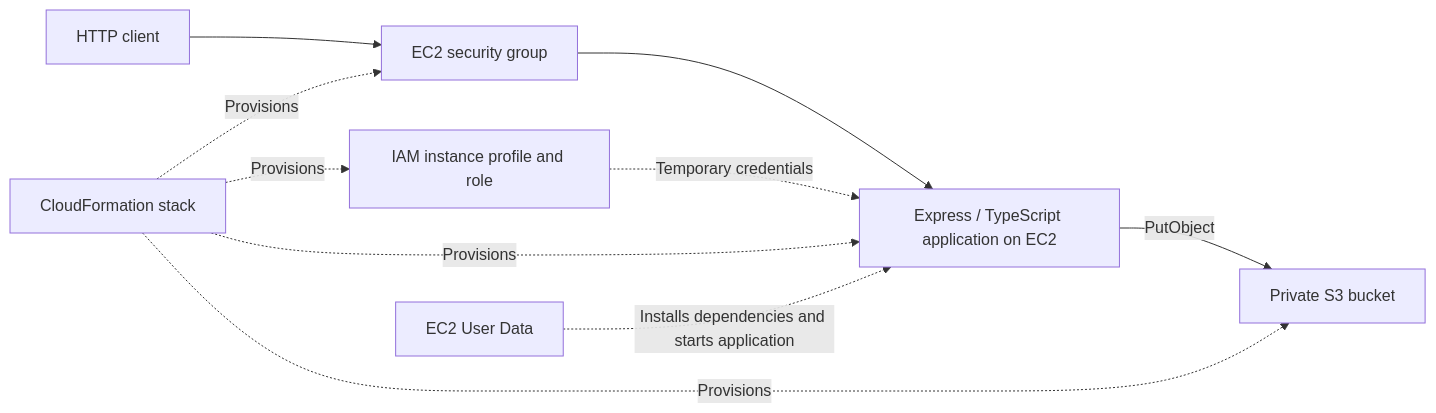
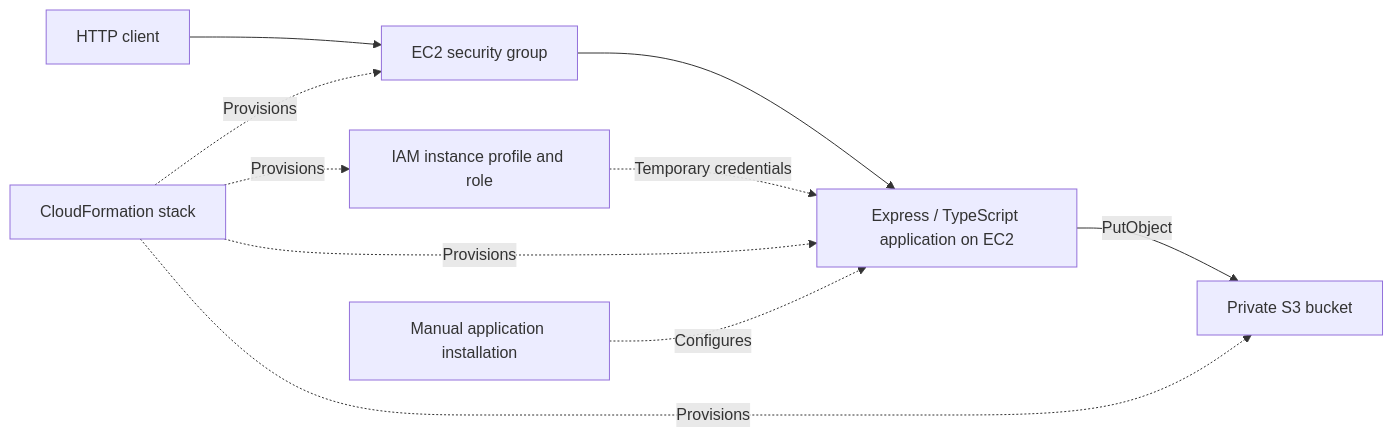
Before and after one commit to TEE2DWHY/aws-automated-web-deployment: the diagram in README.md, drawn with Mermaid. The commit also changed other lines of this file and 6 other files, not shown here.

````diff
--- a/README.md
+++ b/README.md
@@ -32,12 +32,12 @@
 ```mermaid
 flowchart LR
     Browser[HTTP client] --> SG[EC2 security group]
     SG --> App[Express / TypeScript application on EC2]
     App -->|PutObject| S3[Private S3 bucket]
     Profile[IAM instance profile and role] -. Temporary credentials .-> App
     CF[CloudFormation stack] -. Provisions .-> SG
     CF -. Provisions .-> App
     CF -. Provisions .-> S3
     CF -. Provisions .-> Profile
-    Bootstrap[EC2 User Data] -. Installs dependencies and starts application .-> App
+    Manual[Manual application installation] -. Configures .-> App
 ```
````
